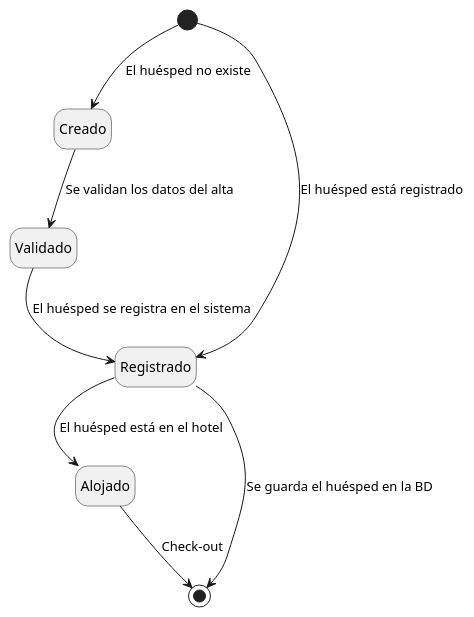
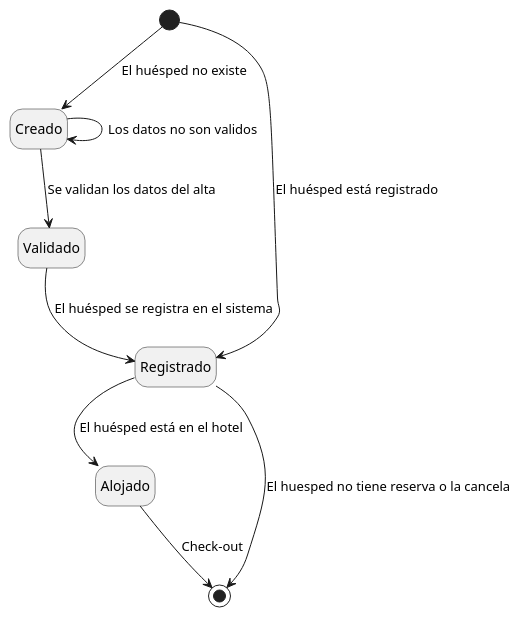
The diagram in etapa-3/DE-Huesped.puml (warps0/Hotel-Premier), drawn with PlantUML before and after one commit. The commit also changed other lines of this file and 4 other files, not shown here.

```diff
--- a/etapa-3/DE-Huesped.puml
+++ b/etapa-3/DE-Huesped.puml
@@ -2,12 +2,13 @@
 @startuml DE-Huesped
 hide empty description
 
 [*] --> Creado : El huésped no existe
 [*] --> Registrado : El huésped está registrado
 Creado --> Validado : Se validan los datos del alta
+Creado --> Creado : Los datos no son validos
 Validado --> Registrado : El huésped se registra en el sistema
 Registrado --> Alojado : El huésped está en el hotel
 Alojado --> [*] : Check-out
-Registrado --> [*] : Se guarda el huésped en la BD
+Registrado --> [*] : El huesped no tiene reserva o la cancela
 
 @enduml
```
